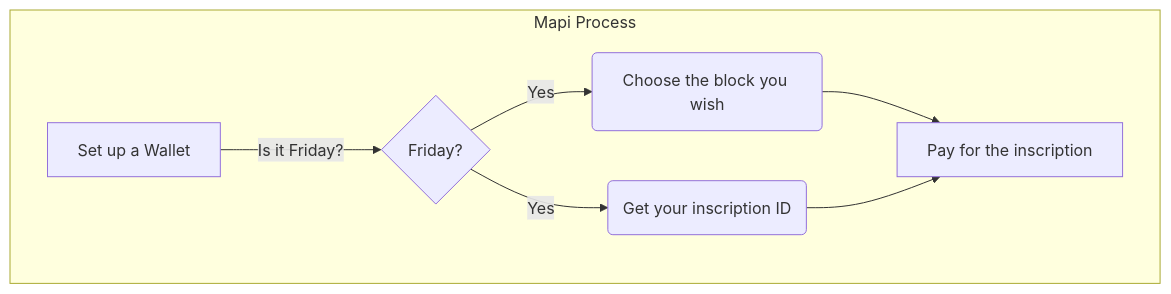
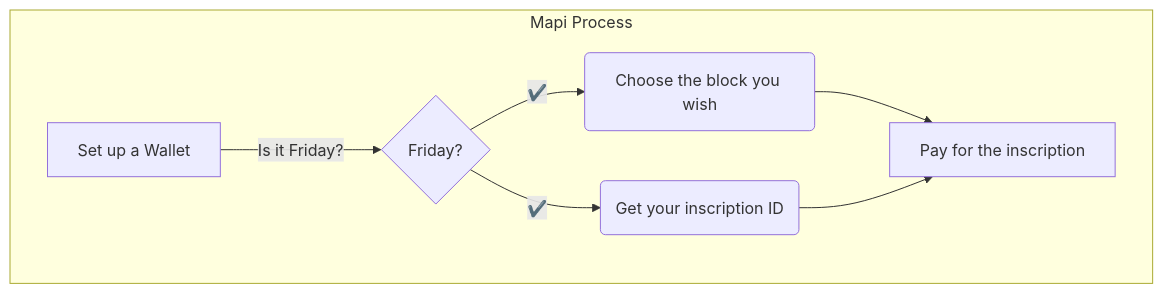
Before and after one commit to 3D4D5D/3D4D5D: the diagram in README.md, drawn with Mermaid.

````diff
--- a/README.md
+++ b/README.md
@@ -18,11 +18,11 @@
 ```mermaid
 graph TD
   subgraph Mapi Process
     A[Set up a Wallet] -->|Is it Friday?| B{Friday?}
-    B -- Yes --> C(Choose the block you wish)
-    B -- Yes --> D(Get your inscription ID)
+    B -- ✔️ --> C(Choose the block you wish)
+    B -- ✔️ --> D(Get your inscription ID)
     C --> E[Pay for the inscription]
     D --> E
   end
 
 ```
````
